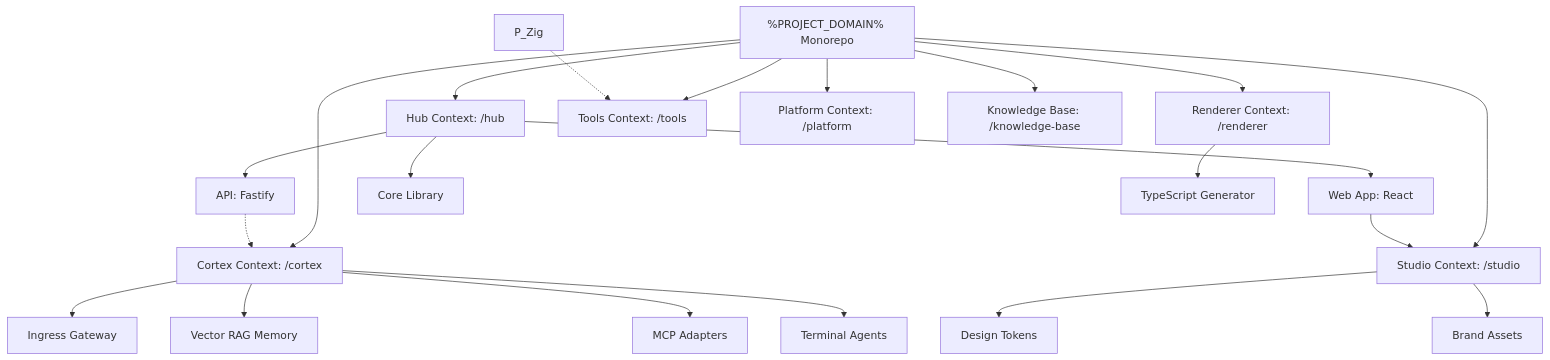
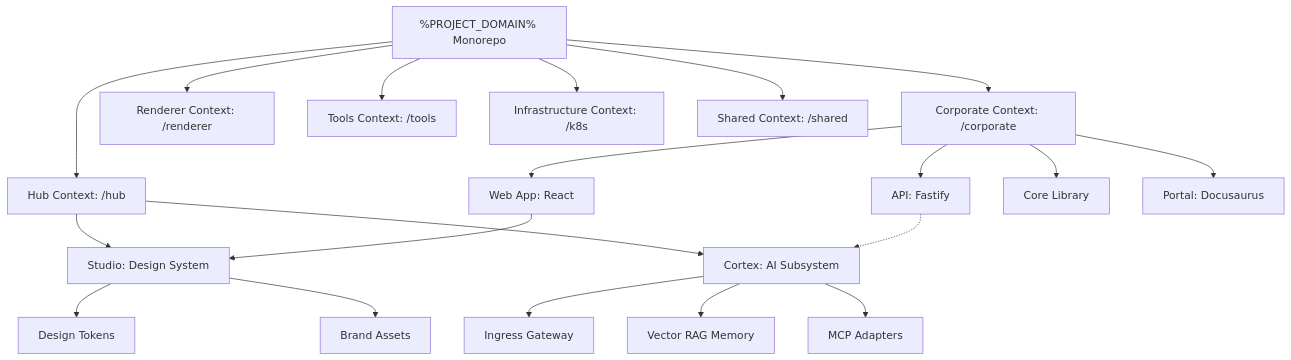
Before and after one commit to tupynambalucas/tupynambalucas: the diagram in corporate/collections/namespaces/portal/content/docs/explanation/bounded-contexts.mdx, drawn with Mermaid. The commit also changed other lines of this file and 86 other files, not shown here.

Commit message:
docs(portal): update architecture guides and bounded context documentation

````diff
--- a/corporate/collections/namespaces/portal/content/docs/explanation/bounded-contexts.mdx
+++ b/corporate/collections/namespaces/portal/content/docs/explanation/bounded-contexts.mdx
@@ -16,30 +16,29 @@
 ```mermaid
 graph TD
     direction TB
     Root["%PROJECT_DOMAIN% Monorepo"]
+    Root --> Corporate["Corporate Context: /corporate"]
     Root --> Hub["Hub Context: /hub"]
-    Root --> Cortex["Cortex Context: /cortex"]
     Root --> Renderer["Renderer Context: /renderer"]
-    Root --> Studio["Studio Context: /studio"]
     Root --> Tools["Tools Context: /tools"]
-    Root --> Platform["Platform Context: /platform"]
-    Root --> Knowledge["Knowledge Base: /knowledge-base"]
+    Root --> K8s["Infrastructure Context: /k8s"]
+    Root --> Shared["Shared Context: /shared"]
 
-    Hub --> H_Web["Web App: React"]
-    Hub --> H_API["API: Fastify"]
-    Hub --> H_Core["Core Library"]
+    Corporate --> C_Web["Web App: React"]
+    Corporate --> C_API["API: Fastify"]
+    Corporate --> C_Core["Core Library"]
+    Corporate --> C_Portal["Portal: Docusaurus"]
+
+    Hub --> Cortex["Cortex: AI Subsystem"]
+    Hub --> Studio["Studio: Design System"]
 
     Cortex --> Gateway["Ingress Gateway"]
     Cortex --> Memory["Vector RAG Memory"]
     Cortex --> MCP["MCP Adapters"]
-    Cortex --> Agents["Terminal Agents"]
-
-    Renderer --> R_Gen["TypeScript Generator"]
 
     Studio --> Tokens["Design Tokens"]
     Studio --> Assets["Brand Assets"]
 
-    H_Web --> Studio
-    P_Zig -.-> Tools
-    H_API -.-> Cortex
+    C_Web --> Studio
+    C_API -.-> Cortex
 ```
````
